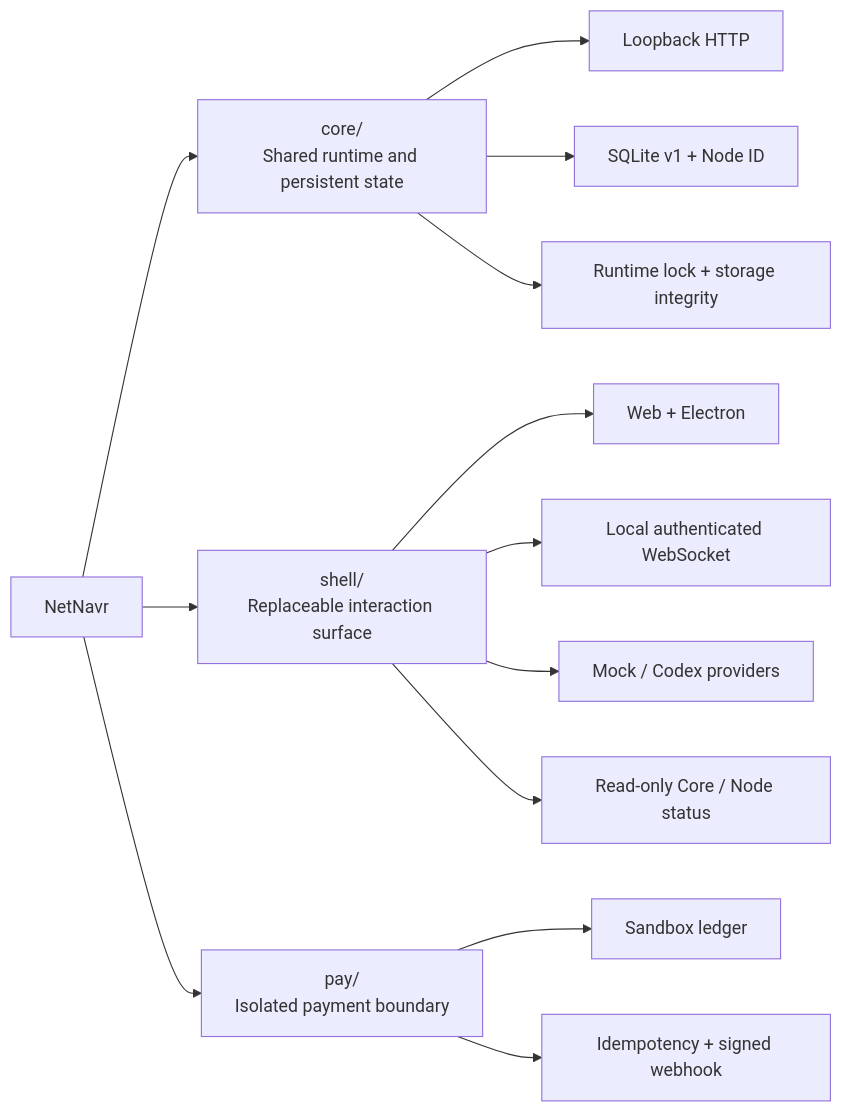
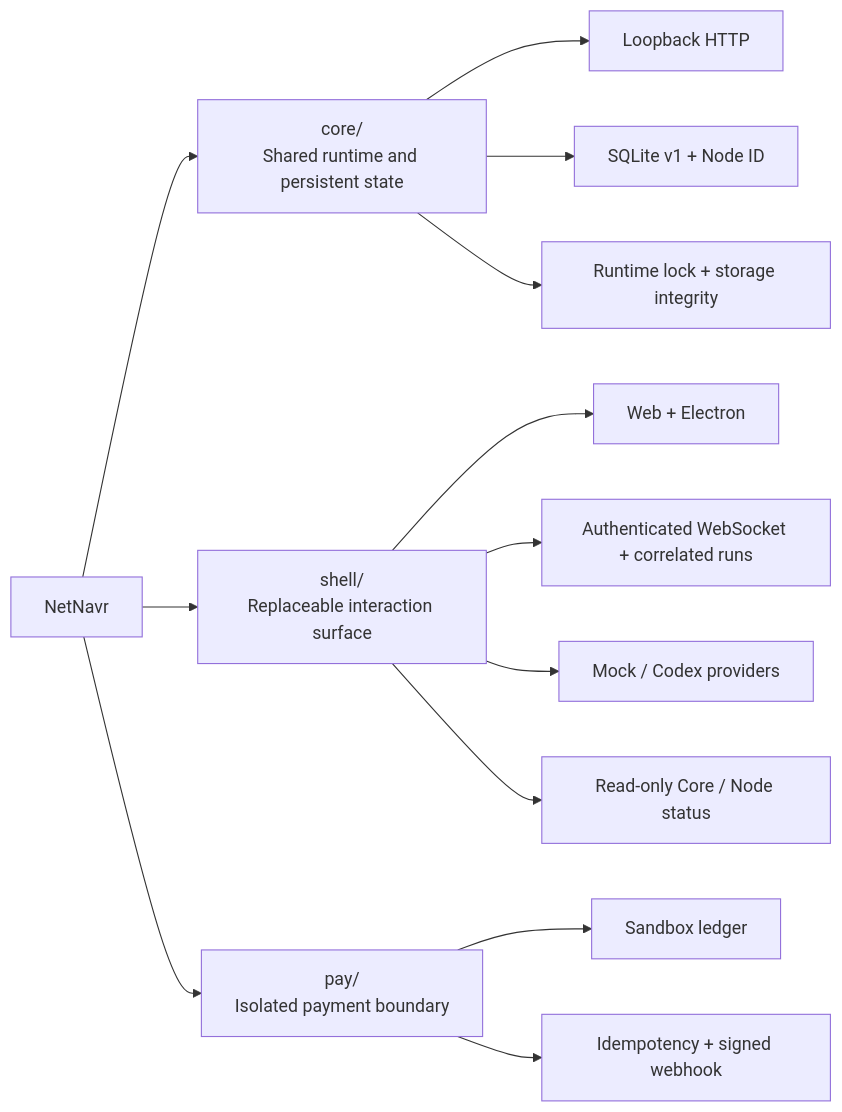
One commit to PM100Fun/NetNavr changed the diagram in README.md. Above: the diagram before and after it, drawn with Mermaid. The commit also changed other lines of this file and 10 other files, not shown here.

First line of the commit message:
feat(shell): correlate and target local runs (#15)

````diff
--- a/README.md
+++ b/README.md
@@ -111,18 +113,18 @@
 ```mermaid
 flowchart LR
     R["NetNavr"] --> C["core/<br/>Shared runtime and persistent state"]
     R --> S["shell/<br/>Replaceable interaction surface"]
     R --> P["pay/<br/>Isolated payment boundary"]
 
     C --> C1["Loopback HTTP"]
     C --> C2["SQLite v1 + Node ID"]
     C --> C3["Runtime lock + storage integrity"]
 
     S --> S1["Web + Electron"]
-    S --> S2["Local authenticated WebSocket"]
+    S --> S2["Authenticated WebSocket + correlated runs"]
     S --> S3["Mock / Codex providers"]
     S --> S4["Read-only Core / Node status"]
 
     P --> P1["Sandbox ledger"]
     P --> P2["Idempotency + signed webhook"]
 ```
````
